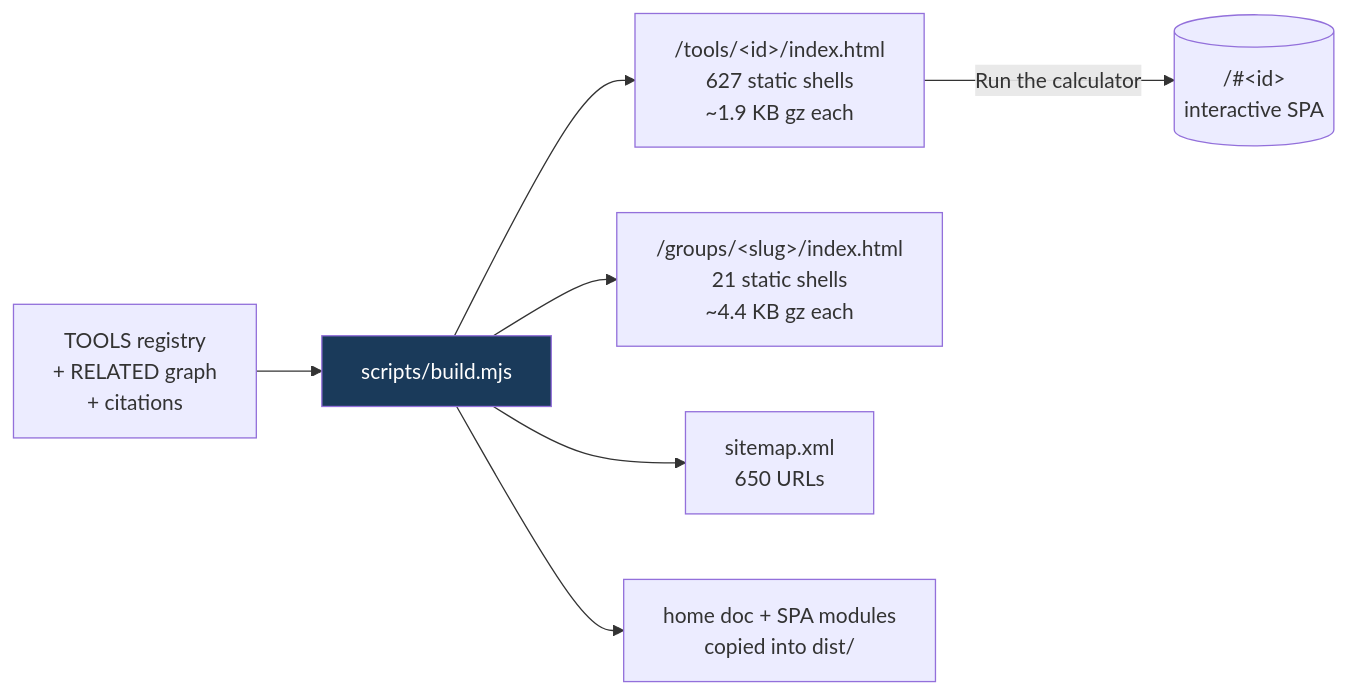
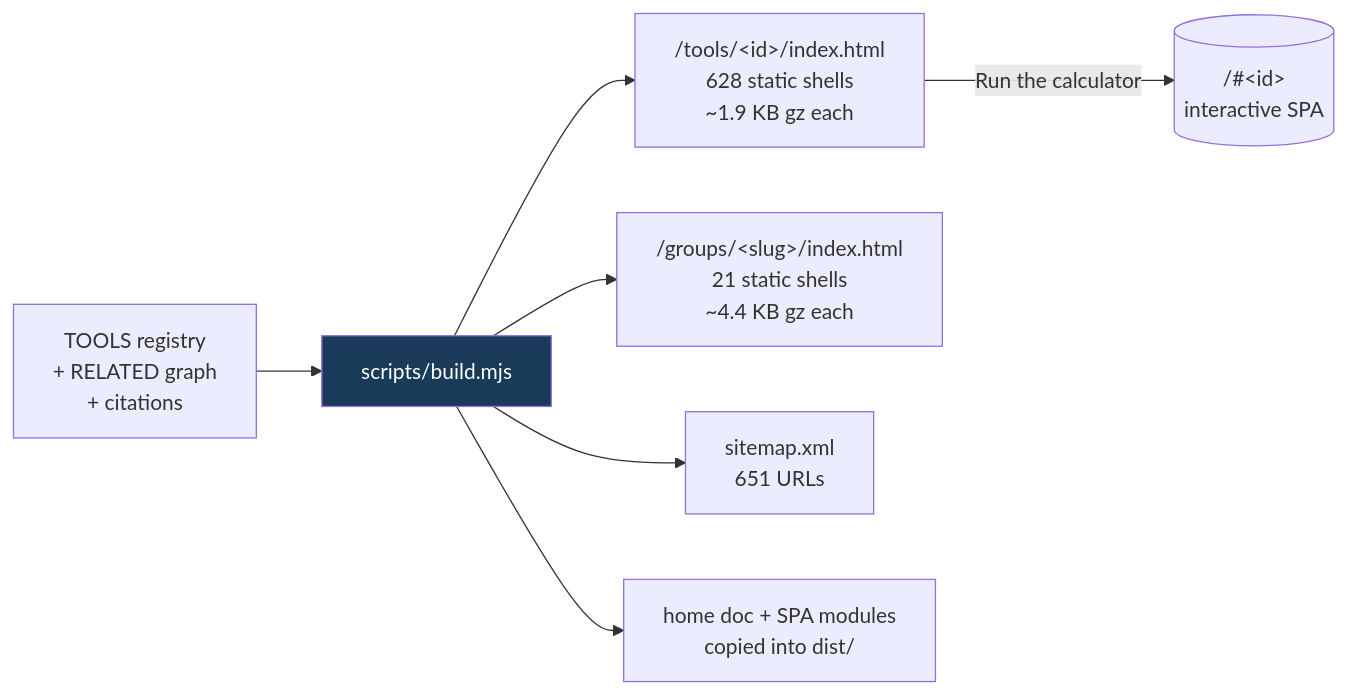
One commit to clay-good/roughlogic.com changed the fifth of 8 diagrams in README.md. Above: the diagram before and after it, drawn with Mermaid. The commit also changed other lines of this file and 15 other files, not shown here.

````diff
--- a/README.md
+++ b/README.md
@@ -450,10 +450,10 @@
 ```mermaid
 flowchart LR
     SRC[TOOLS registry\n+ RELATED graph\n+ citations] --> BUILD[scripts/build.mjs]
-    BUILD --> TILE["/tools/&lt;id&gt;/index.html\n627 static shells\n~1.9 KB gz each"]
+    BUILD --> TILE["/tools/&lt;id&gt;/index.html\n628 static shells\n~1.9 KB gz each"]
     BUILD --> GROUP["/groups/&lt;slug&gt;/index.html\n21 static shells\n~4.4 KB gz each"]
-    BUILD --> MAP["sitemap.xml\n650 URLs"]
+    BUILD --> MAP["sitemap.xml\n651 URLs"]
     BUILD --> COPY[home doc + SPA modules\ncopied into dist/]
     TILE -->|Run the calculator| SPA[("/#&lt;id&gt;\ninteractive SPA")]
     style BUILD fill:#1a3a5a,color:#fff
 ```
````
